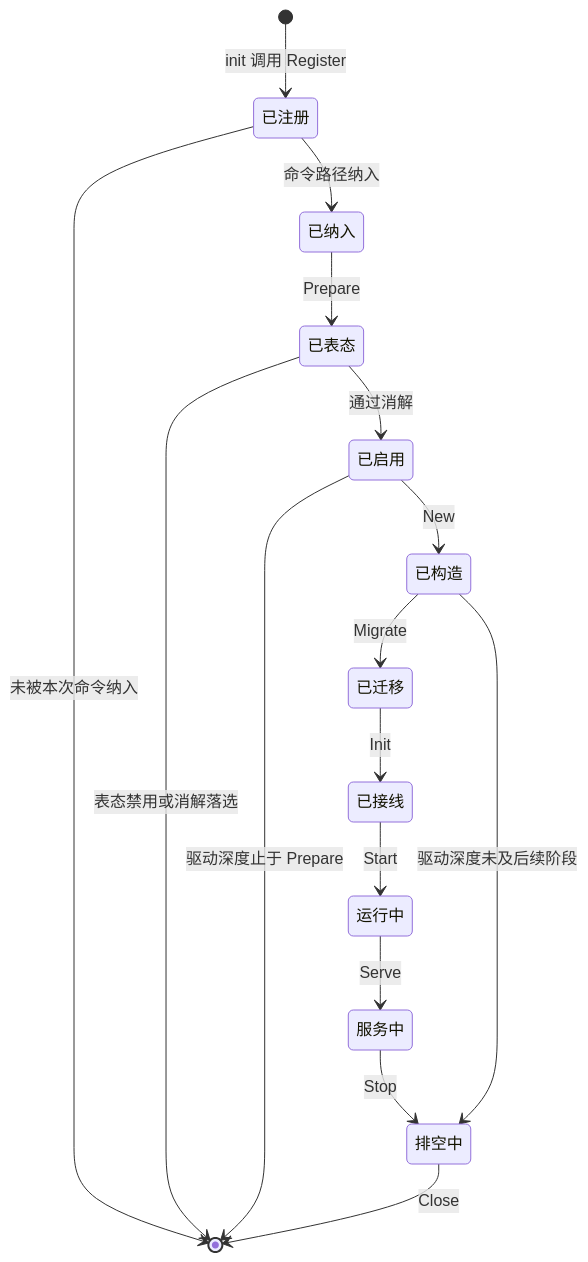
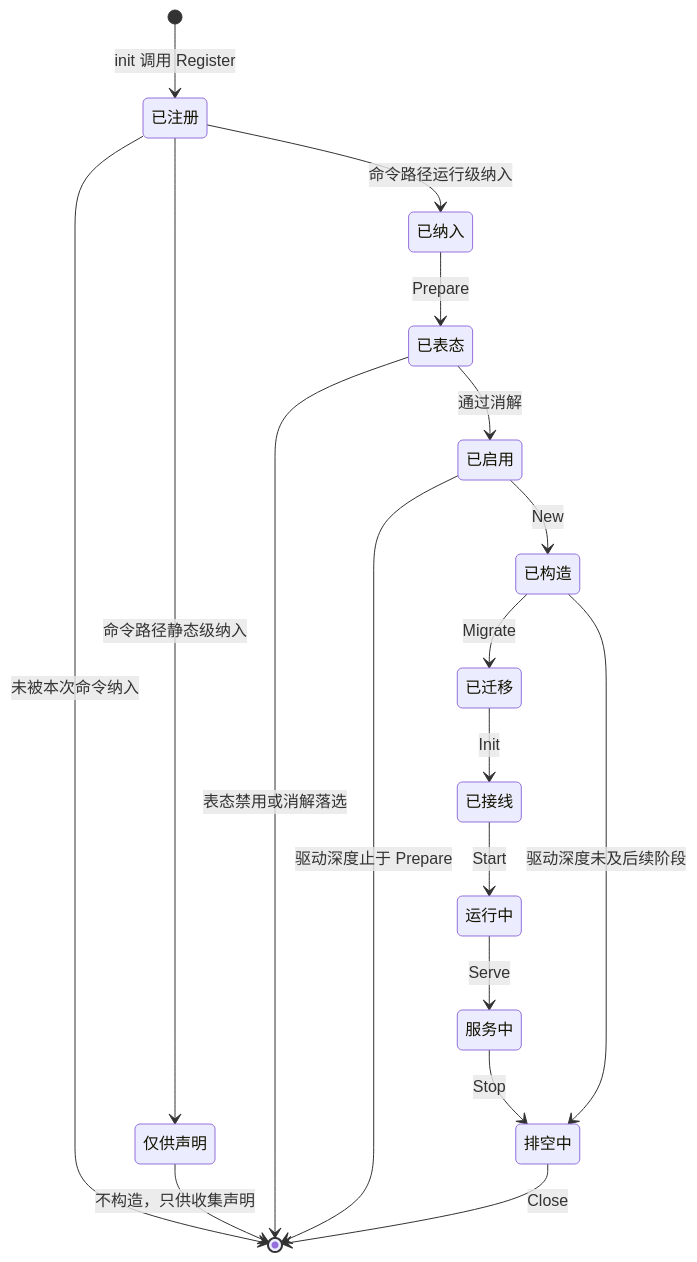
The second of 2 diagrams in docs/design/modules/design-core.md (wangzw/speed), drawn with Mermaid before and after one commit. The commit also changed other lines of this file and 17 other files, not shown here.

````diff
--- a/docs/design/modules/design-core.md
+++ b/docs/design/modules/design-core.md
@@ -239,18 +272,20 @@
 ```mermaid
 stateDiagram-v2
     [*] --> 已注册 : init 调用 Register
     已注册 --> [*] : 未被本次命令纳入
-    已注册 --> 已纳入 : 命令路径纳入
+    已注册 --> 仅供声明 : 命令路径静态级纳入
+    仅供声明 --> [*] : 不构造，只供收集声明
+    已注册 --> 已纳入 : 命令路径运行级纳入
     已纳入 --> 已表态 : Prepare
     已表态 --> [*] : 表态禁用或消解落选
     已表态 --> 已启用 : 通过消解
     已启用 --> [*] : 驱动深度止于 Prepare
     已启用 --> 已构造 : New
     已构造 --> 已迁移 : Migrate
     已迁移 --> 已接线 : Init
     已接线 --> 运行中 : Start
     运行中 --> 服务中 : Serve
     服务中 --> 排空中 : Stop
     已构造 --> 排空中 : 驱动深度未及后续阶段
     排空中 --> [*] : Close
 ```
````
